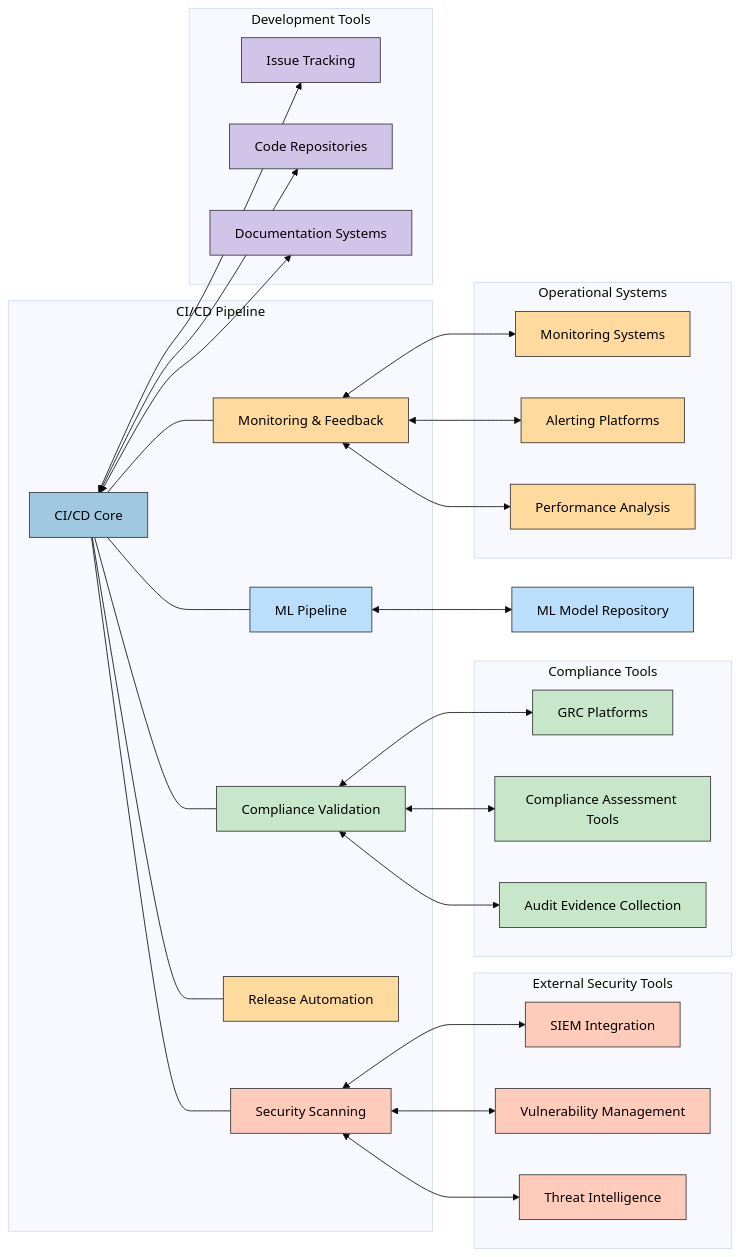
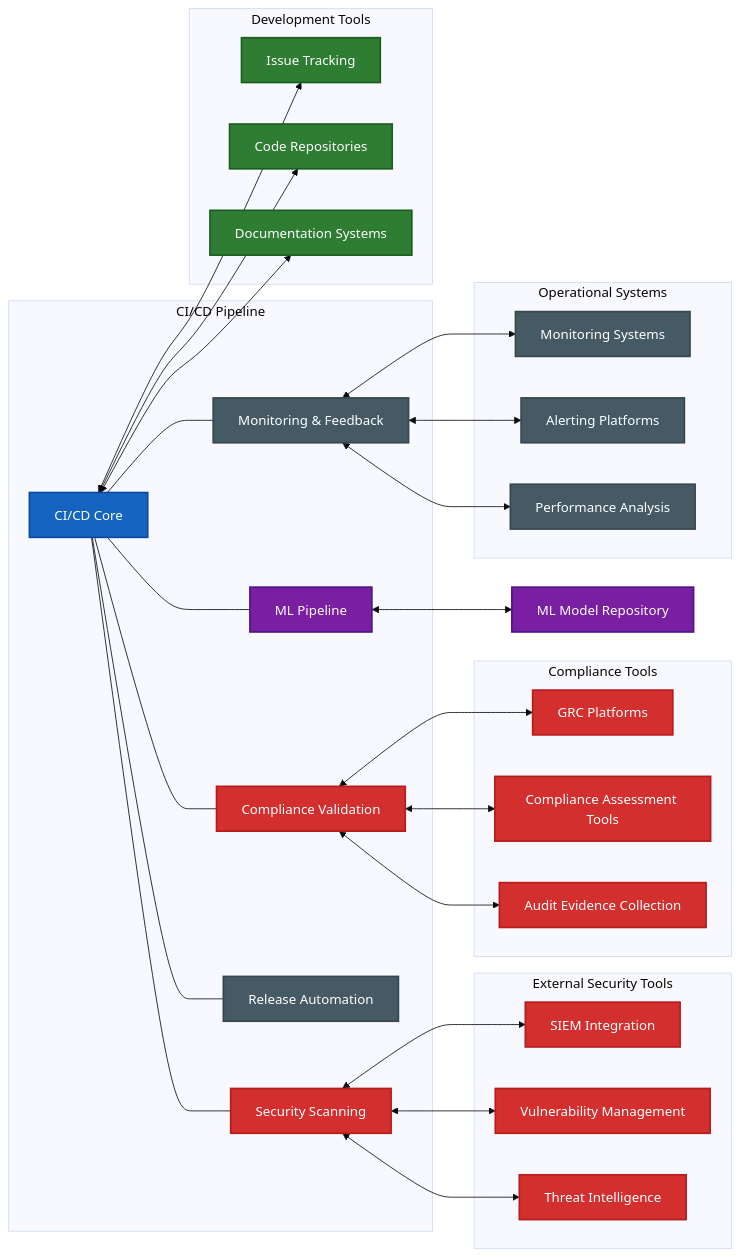
Before and after one commit to step-security-bot/cia-compliance-manager: the sixth of 7 diagrams in docs/architecture/FUTURE_WORKFLOWS.md, drawn with Mermaid (base theme). The commit also changed other lines of this file and 27 other files, not shown here.

First line of the commit message:
fix: resolve broken mermaid diagrams and improve color coding to match ISMS style guide (#1106)

````diff
--- a/docs/architecture/FUTURE_WORKFLOWS.md
+++ b/docs/architecture/FUTURE_WORKFLOWS.md
@@ -367,66 +367,66 @@
 ```mermaid
 flowchart LR
     subgraph "CI/CD Pipeline"
         A[CI/CD Core] --- B[Security Scanning]
         A --- C[Compliance Validation]
         A --- D[ML Pipeline]
         A --- E[Release Automation]
         A --- F[Monitoring & Feedback]
     end
 
     subgraph "External Security Tools"
         S1[SIEM Integration]
         S2[Vulnerability Management]
         S3[Threat Intelligence]
     end
 
     subgraph "Compliance Tools"
         C1[GRC Platforms]
         C2[Compliance Assessment Tools]
         C3[Audit Evidence Collection]
     end
 
     subgraph "Development Tools"
         D1[Issue Tracking]
         D2[Code Repositories]
         D3[Documentation Systems]
     end
 
     subgraph "Operational Systems"
         O1[Monitoring Systems]
         O2[Alerting Platforms]
         O3[Performance Analysis]
     end
 
     B <--> S1
     B <--> S2
     B <--> S3
     
     C <--> C1
     C <--> C2
     C <--> C3
     
     A <--> D1
     A <--> D2
     A <--> D3
     
     F <--> O1
     F <--> O2
     F <--> O3
     
     D <--> MLR[ML Model Repository]
 
-    classDef core fill:#a0c8e0,stroke:#333,stroke-width:1px,color:black
-    classDef security fill:#ffccbc,stroke:#333,stroke-width:1px,color:black
-    classDef compliance fill:#c8e6c9,stroke:#333,stroke-width:1px,color:black
-    classDef dev fill:#d1c4e9,stroke:#333,stroke-width:1px,color:black
-    classDef ops fill:#ffda9e,stroke:#333,stroke-width:1px,color:black
-    classDef ml fill:#bbdefb,stroke:#333,stroke-width:1px,color:black
+    classDef core fill:#1565C0,stroke:#0D47A1,stroke-width:2px,color:#ffffff
+    classDef security fill:#D32F2F,stroke:#B71C1C,stroke-width:2px,color:#ffffff
+    classDef compliance fill:#D32F2F,stroke:#B71C1C,stroke-width:2px,color:#ffffff
+    classDef dev fill:#2E7D32,stroke:#1B5E20,stroke-width:2px,color:#ffffff
+    classDef ops fill:#455A64,stroke:#37474F,stroke-width:2px,color:#ffffff
+    classDef ml fill:#7B1FA2,stroke:#4A148C,stroke-width:2px,color:#ffffff
     
     class A core
     class B,S1,S2,S3 security
     class C,C1,C2,C3 compliance
     class D1,D2,D3 dev
     class E,F,O1,O2,O3 ops
     class D,MLR ml
 ```
````
